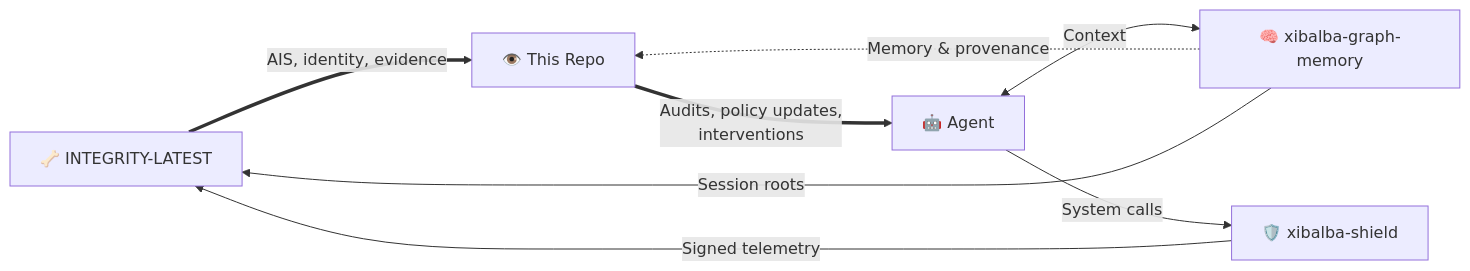
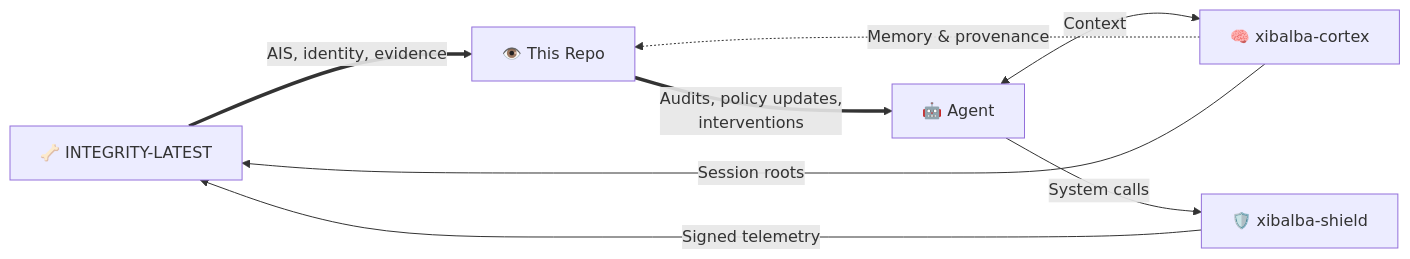
One commit to XibalbaTechSol/integrity-console changed the diagram in integrity-dashboard/SPECIFICATION.md. Above: the diagram before and after it, drawn with Mermaid. The commit also changed other lines of this file and 9 other files, not shown here.

First line of the commit message:
Update cross-repo references for xibalba-graph-memory -> xibalba-cortex rename

````diff
--- a/integrity-dashboard/SPECIFICATION.md
+++ b/integrity-dashboard/SPECIFICATION.md
@@ -31,10 +31,10 @@
 ```mermaid
 flowchart LR
     Backbone["🦴 INTEGRITY-LATEST"] ==>|"AIS, identity, evidence"| Eyes["👁️ This Repo"]
-    Brain["🧠 xibalba-graph-memory"] -.->|"Memory & provenance"| Eyes
+    Brain["🧠 xibalba-cortex"] -.->|"Memory & provenance"| Eyes
     Eyes ==>|"Audits, policy updates,<br/>interventions"| Agent["🤖 Agent"]
     Agent <-->|"Context"| Brain
     Agent -->|"System calls"| Immune["🛡️ xibalba-shield"]
     Immune -->|"Signed telemetry"| Backbone
     Brain -->|"Session roots"| Backbone
 ```
````
